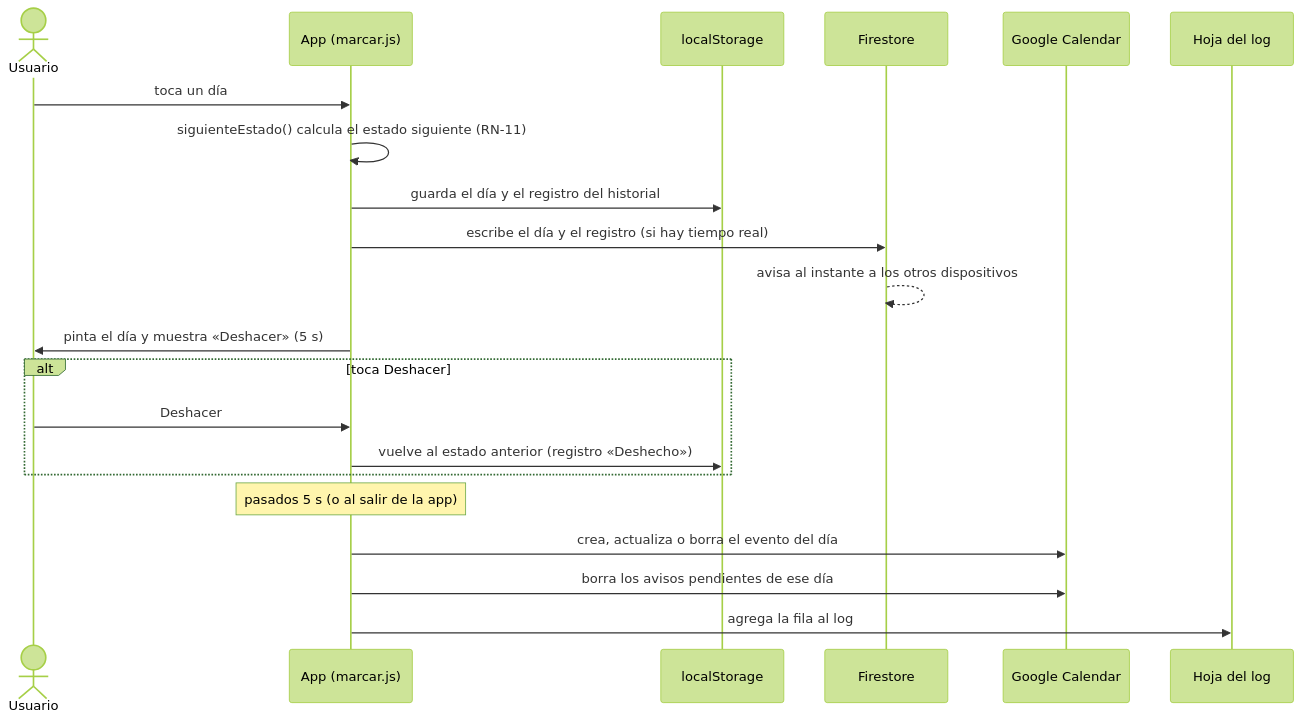
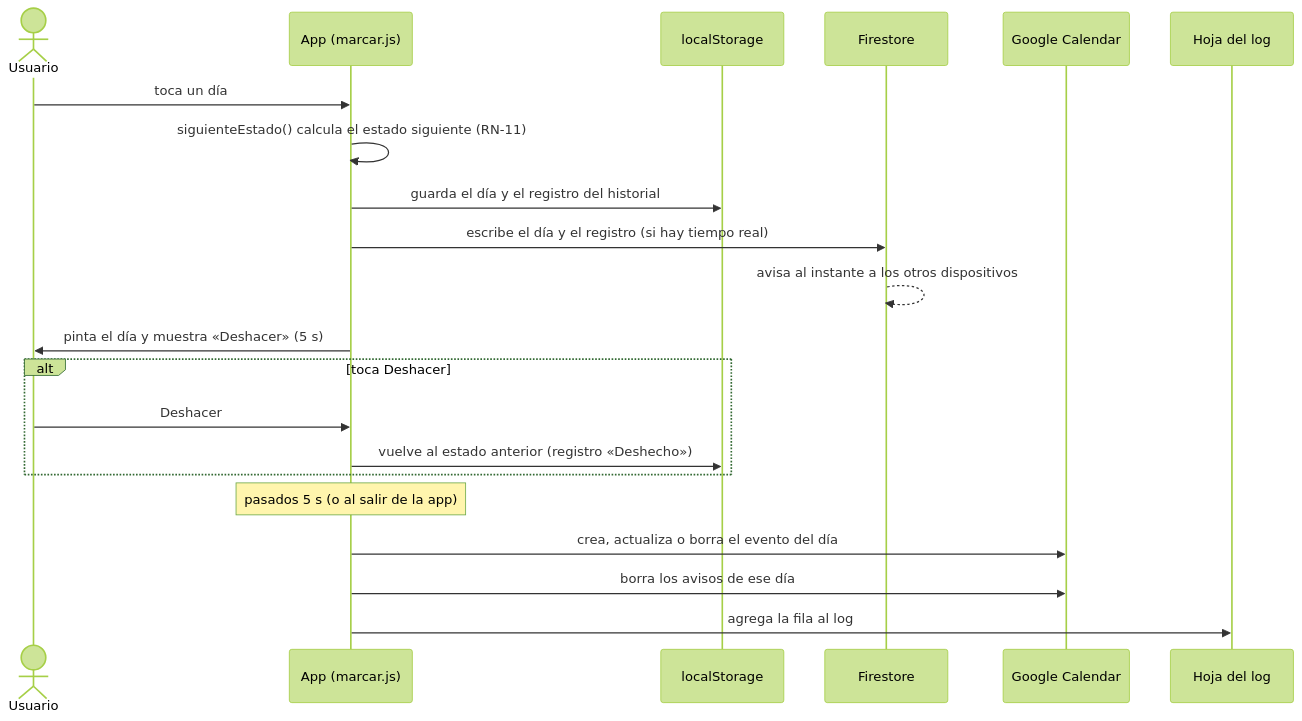
Before and after one commit to johansparra/office-tracker: the third of 6 diagrams in README.md, drawn with Mermaid (forest theme). The commit also changed other lines of this file and 16 other files, not shown here.

````diff
--- a/README.md
+++ b/README.md
@@ -183,24 +183,24 @@
 ```mermaid
 sequenceDiagram
   actor U as Usuario
   participant A as App (marcar.js)
   participant L as localStorage
   participant F as Firestore
   participant G as Google Calendar
   participant H as Hoja del log
 
   U->>A: toca un día
   A->>A: siguienteEstado() calcula el estado siguiente (RN-11)
   A->>L: guarda el día y el registro del historial
   A->>F: escribe el día y el registro (si hay tiempo real)
   F-->>F: avisa al instante a los otros dispositivos
   A->>U: pinta el día y muestra «Deshacer» (5 s)
   alt toca Deshacer
     U->>A: Deshacer
     A->>L: vuelve al estado anterior (registro «Deshecho»)
   end
   Note over A: pasados 5 s (o al salir de la app)
   A->>G: crea, actualiza o borra el evento del día
-  A->>G: borra los avisos pendientes de ese día
+  A->>G: borra los avisos de ese día
   A->>H: agrega la fila al log
 ```
````
